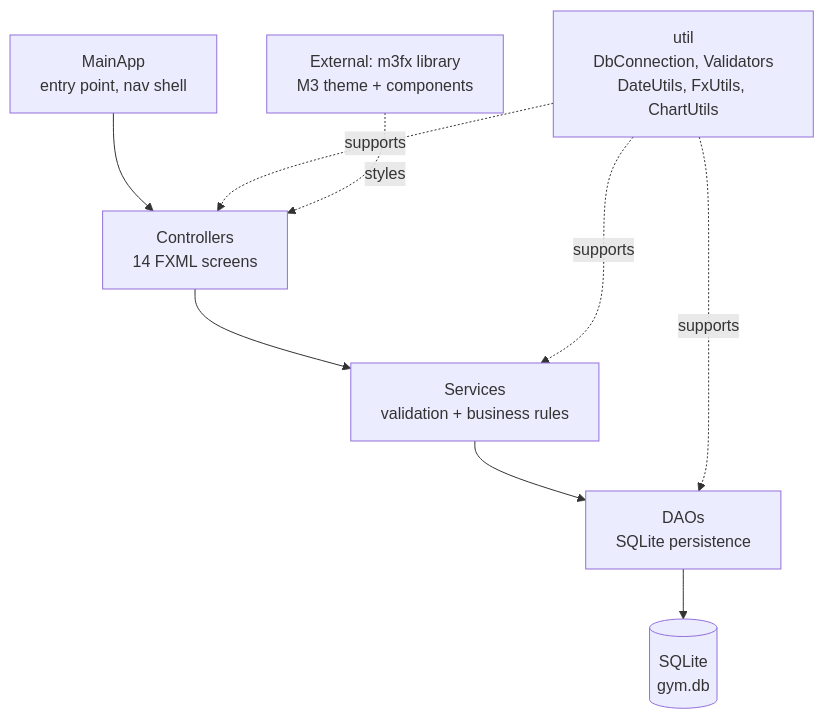
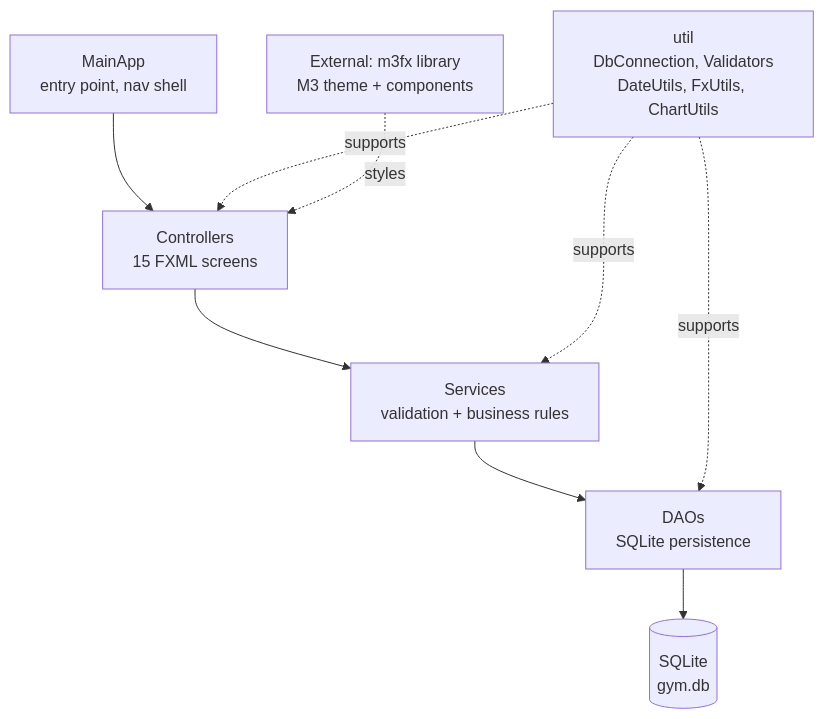
Before and after one commit to Agono0/gym-management-system: the second of 6 diagrams in docs/UML.md, drawn with Mermaid. The commit also changed other lines of this file and 8 other files, not shown here.

````diff
--- a/docs/UML.md
+++ b/docs/UML.md
@@ -649,11 +457,11 @@
 ```mermaid
 flowchart TD
-    APP[MainApp<br/>entry point, nav shell] --> CTRL[Controllers<br/>14 FXML screens]
+    APP[MainApp<br/>entry point, nav shell] --> CTRL[Controllers<br/>15 FXML screens]
     CTRL --> SRV[Services<br/>validation + business rules]
     SRV --> DAO[DAOs<br/>SQLite persistence]
     DAO --> DB[(SQLite<br/>gym.db)]
     UTIL[util<br/>DbConnection, Validators<br/>DateUtils, FxUtils, ChartUtils] -. supports .-> SRV
     UTIL -. supports .-> CTRL
     UTIL -. supports .-> DAO
     M3FX[External: m3fx library<br/>M3 theme + components] -. styles .-> CTRL
 ```
````
